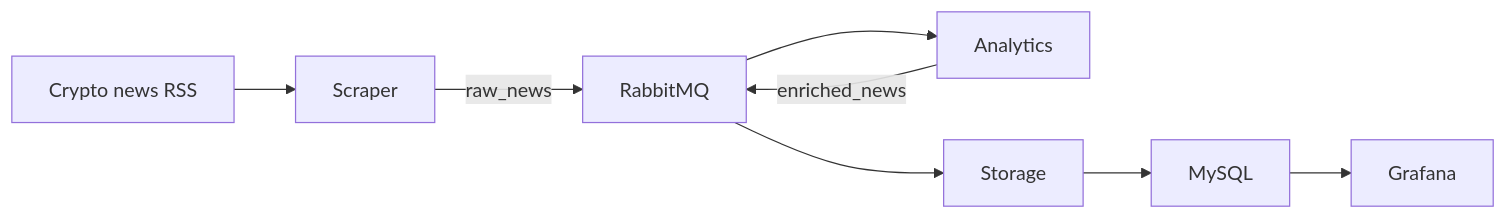
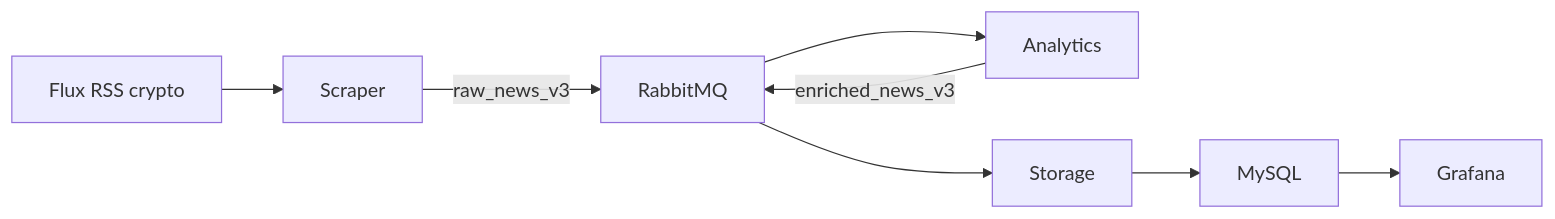
The diagram in README.md (Immooo/CriptoVizz), drawn with Mermaid before and after one commit. The commit also changed other lines of this file, not shown here.

````diff
--- a/README.md
+++ b/README.md
@@ -66,10 +58,10 @@
 ```mermaid
 flowchart LR
-  RSS[Crypto news RSS] --> Scraper
-  Scraper -->|raw_news| RabbitMQ
+  RSS[Flux RSS crypto] --> Scraper
+  Scraper -->|raw_news_v3| RabbitMQ
   RabbitMQ --> Analytics
-  Analytics -->|enriched_news| RabbitMQ
+  Analytics -->|enriched_news_v3| RabbitMQ
   RabbitMQ --> Storage
   Storage --> MySQL
   MySQL --> Grafana
 ```
````
